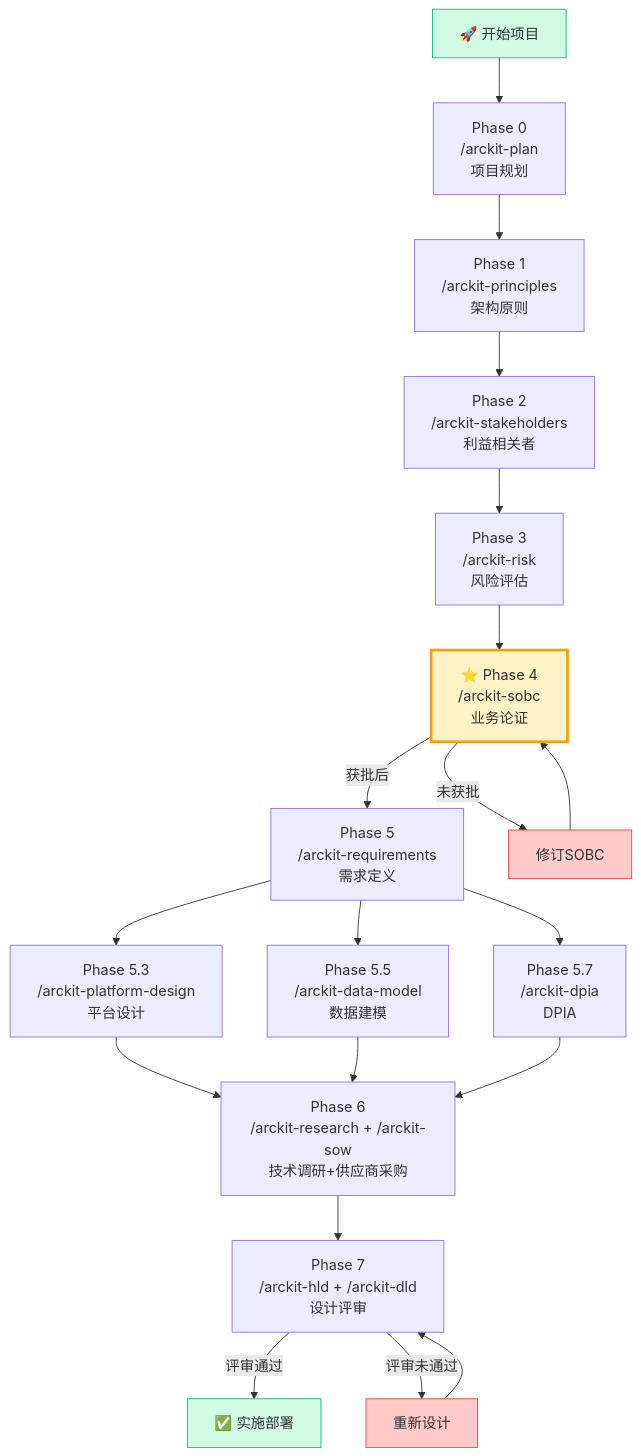
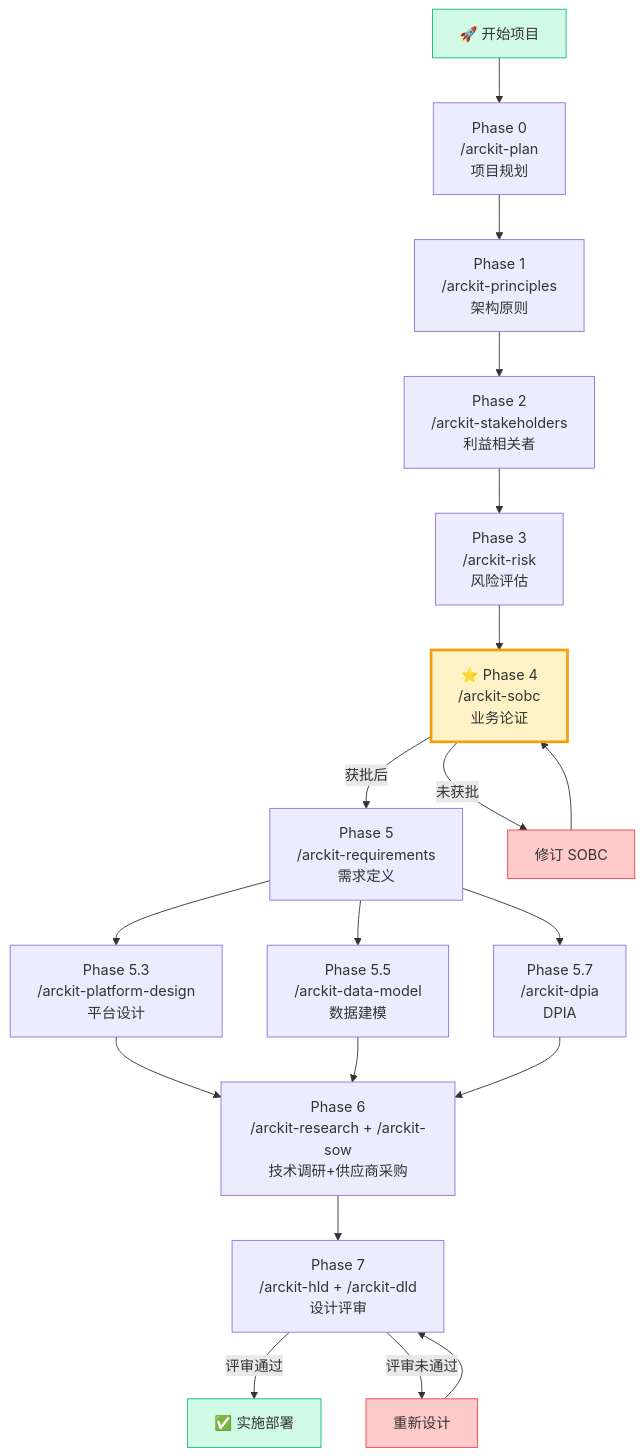
One commit to A1pha3/text-matrix changed the second of 6 diagrams in content/posts/tech/arc-kit-enterprise-architecture-governance.md. Above: the diagram before and after it, drawn with Mermaid. The commit also changed other lines of this file and 221 other files, not shown here.

````diff
--- a/content/posts/tech/arc-kit-enterprise-architecture-governance.md
+++ b/content/posts/tech/arc-kit-enterprise-architecture-governance.md
@@ -168,25 +168,25 @@
 ```mermaid
 flowchart TD
     START["🚀 开始项目"] --> P0[Phase 0<br/>/arckit-plan<br/>项目规划]
     P0 --> P1[Phase 1<br/>/arckit-principles<br/>架构原则]
     P1 --> P2[Phase 2<br/>/arckit-stakeholders<br/>利益相关者]
     P2 --> P3[Phase 3<br/>/arckit-risk<br/>风险评估]
     P3 --> P4["⭐ Phase 4<br/>/arckit-sobc<br/>业务论证"]
     P4 -->|获批后| P5[Phase 5<br/>/arckit-requirements<br/>需求定义]
-    P4 -->|未获批| REVISE["修订SOBC"]
+    P4 -->|未获批| REVISE["修订 SOBC"]
     REVISE --> P4
     P5 --> P5A[Phase 5.3<br/>/arckit-platform-design<br/>平台设计]
     P5 --> P5B[Phase 5.5<br/>/arckit-data-model<br/>数据建模]
     P5 --> P5C[Phase 5.7<br/>/arckit-dpia<br/>DPIA]
     P5A & P5B & P5C --> P6[Phase 6<br/>/arckit-research + /arckit-sow<br/>技术调研+供应商采购]
     P6 --> P7[Phase 7<br/>/arckit-hld + /arckit-dld<br/>设计评审]
     P7 -->|评审通过| DEPLOY[✅ 实施部署]
     P7 -->|评审未通过| REDESIGN["重新设计"]
     REDESIGN --> P7
 
     style START fill:#d1fae5,stroke:#10b981
     style P4 fill:#fef3c7,stroke:#f59e0b,stroke-width:3px
     style DEPLOY fill:#d1fae5,stroke:#10b981
     style REVISE fill:#fecaca,stroke:#ef4444
     style REDESIGN fill:#fecaca,stroke:#ef4444
 ```
````
